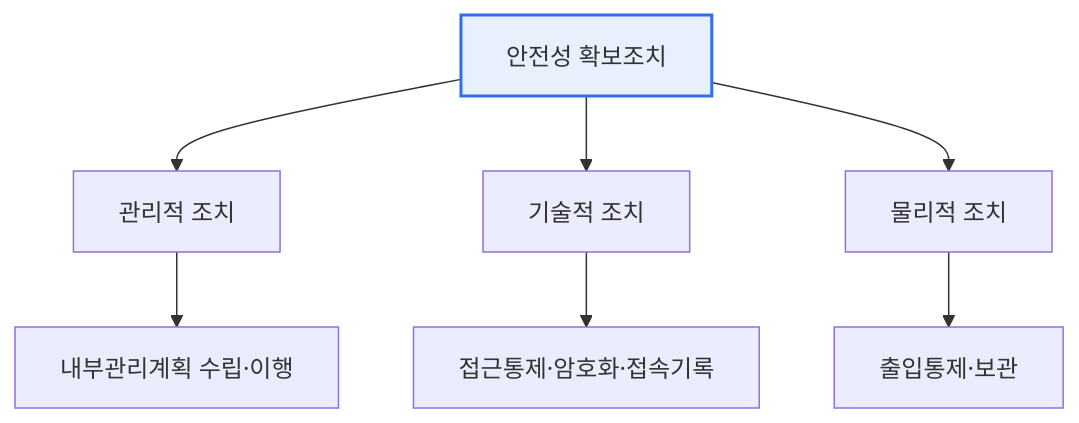
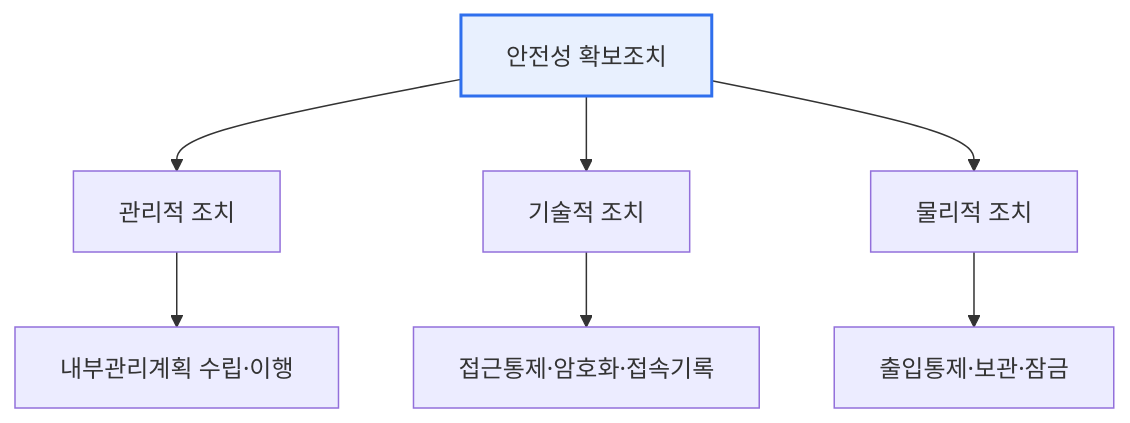
Before and after one commit to coninggu/wjdqhrhksflrltnftk: the diagram in content/personal-data-safety-measures.md, drawn with Mermaid. The commit also changed other lines of this file and 4 other files, not shown here.

````diff
--- a/content/personal-data-safety-measures.md
+++ b/content/personal-data-safety-measures.md
@@ -12,10 +15,10 @@
 ```mermaid
 flowchart TB
   S[안전성 확보조치] --> M[관리적 조치]
   S --> T[기술적 조치]
   S --> P[물리적 조치]
   M --> M1[내부관리계획 수립·이행]
   T --> T1[접근통제·암호화·접속기록]
-  P --> P1[출입통제·보관]
+  P --> P1[출입통제·보관·잠금]
   style S fill:#e8f0fe,stroke:#2f6fed,stroke-width:2px
 ```
````
